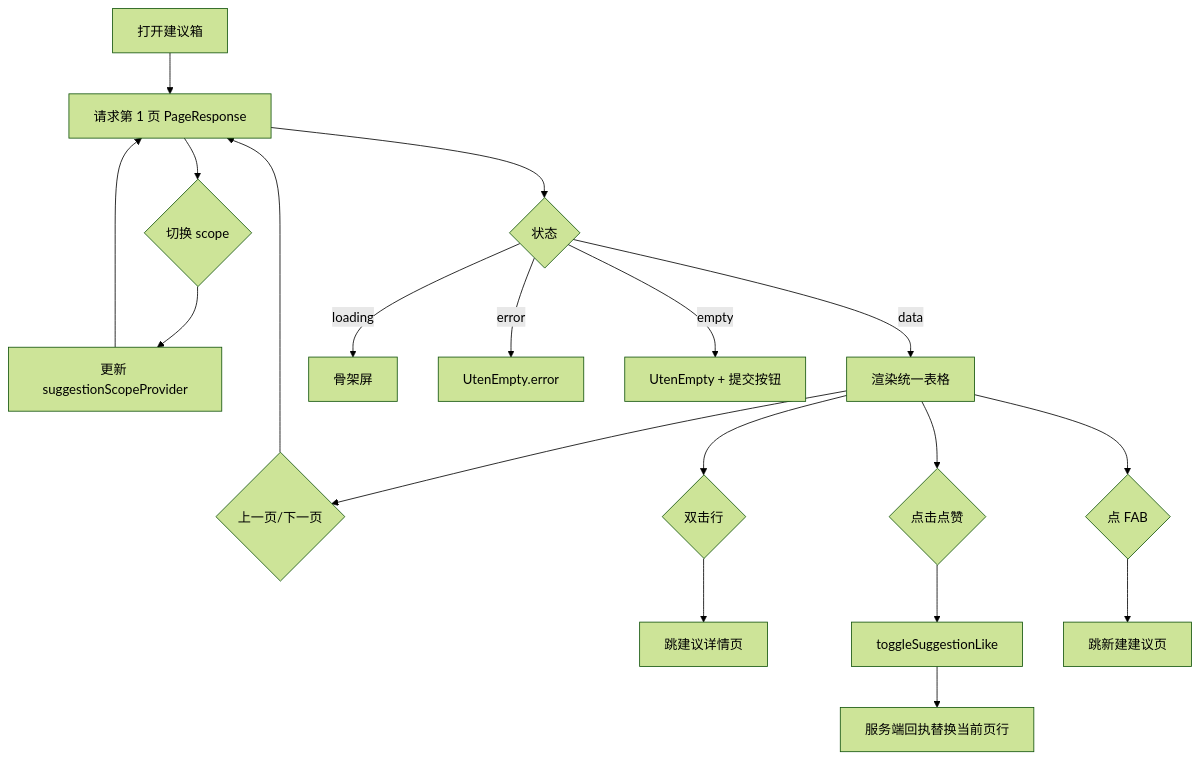
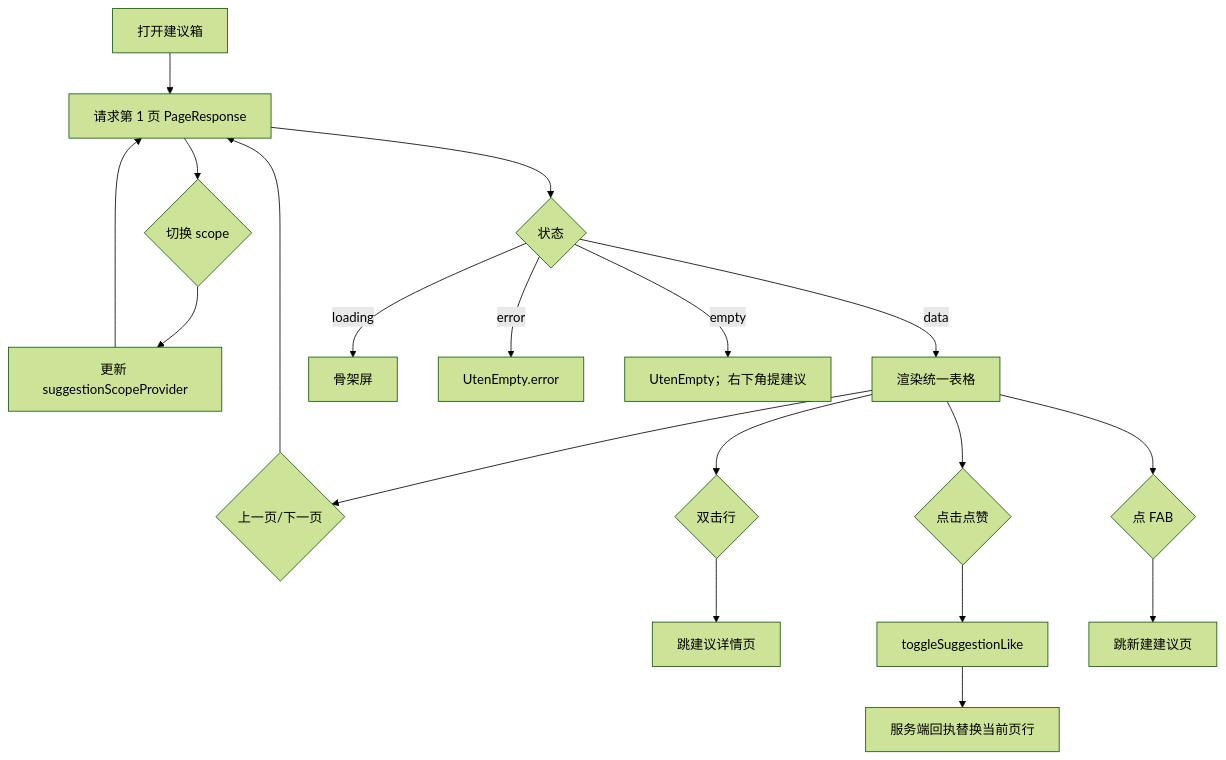
The diagram in docs/03-页面/建议箱页.md (BruceChu0424/utenelec_imp), drawn with Mermaid (forest theme) before and after one commit. The commit also changed other lines of this file and 295 other files, not shown here.

````diff
--- a/docs/03-页面/建议箱页.md
+++ b/docs/03-页面/建议箱页.md
@@ -87,21 +87,21 @@
 ```mermaid
 flowchart TD
     A[打开建议箱] --> W[请求第 1 页 PageResponse]
     W --> F{切换 scope}
     F --> SP[更新 suggestionScopeProvider]
     SP --> W
     LIST --> PG{上一页/下一页}
     PG --> W
     W --> S{状态}
     S -->|loading| SK[骨架屏]
     S -->|error| ER[UtenEmpty.error]
-    S -->|empty| EM[UtenEmpty + 提交按钮]
+    S -->|empty| EM[UtenEmpty；右下角提建议]
     S -->|data| LIST[渲染统一表格]
     LIST --> CLK{双击行}
     CLK --> D[跳建议详情页]
     LIST --> LK{点击点赞}
     LK --> TL[toggleSuggestionLike]
     TL --> RP[服务端回执替换当前页行]
     LIST --> FAB{点 FAB}
     FAB --> N[跳新建建议页]
 ```
````
